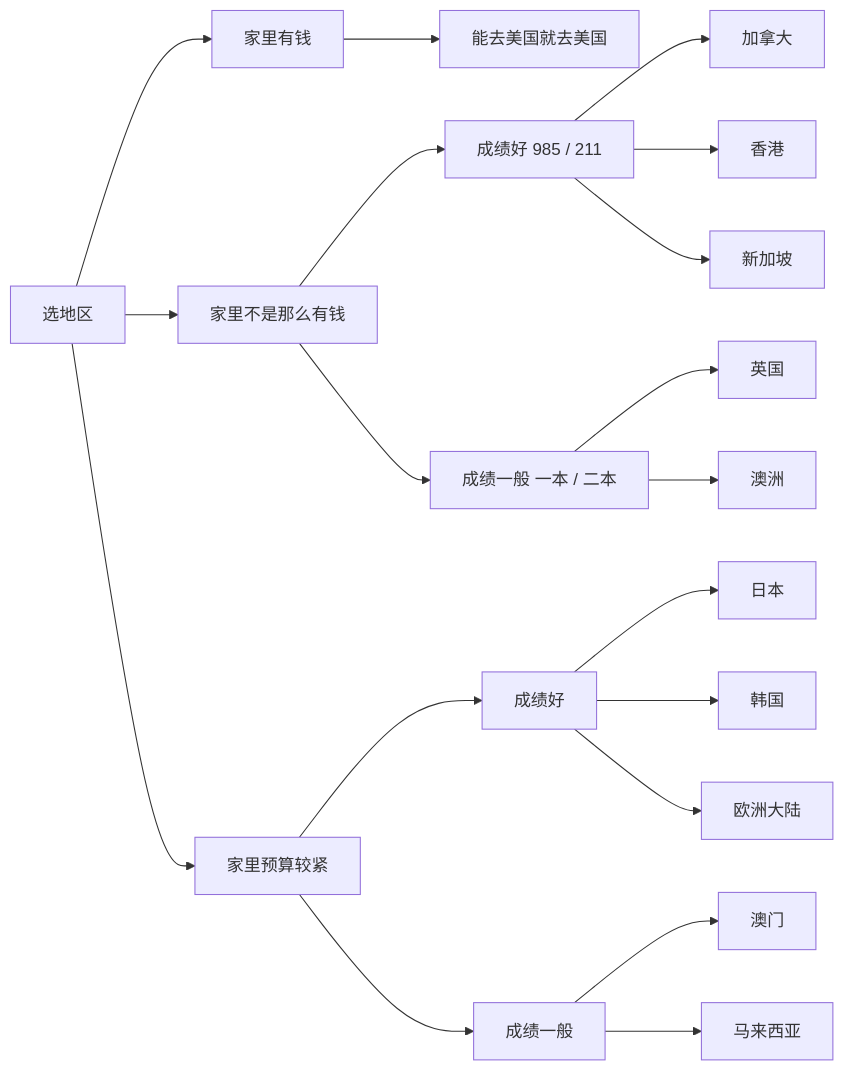
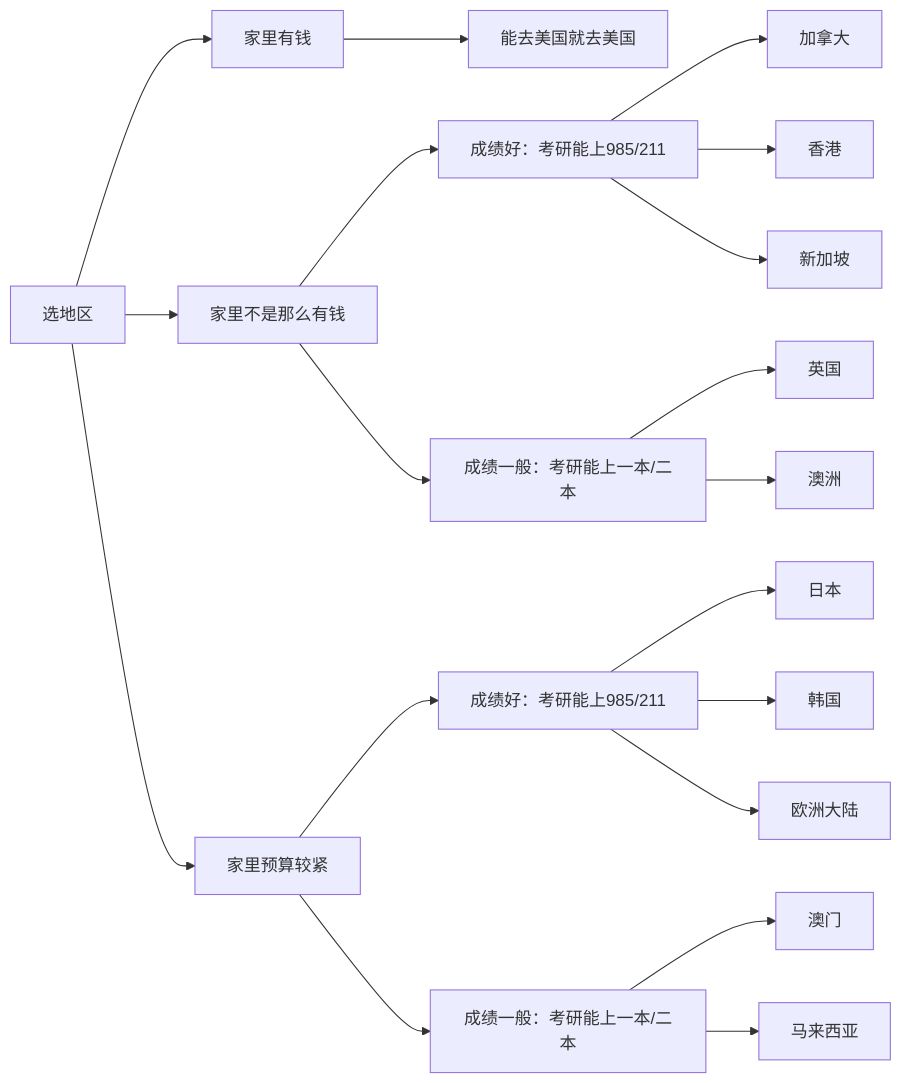
Before and after one commit to chillboy67/study-abroad-handbook: the diagram in docs/03-选地区.md, drawn with Mermaid. The commit also changed other lines of this file, not shown here.

````diff
--- a/docs/03-选地区.md
+++ b/docs/03-选地区.md
@@ -11,21 +11,21 @@
 ```mermaid
 flowchart LR
     A[选地区] --> B[家里有钱]
     A --> C[家里不是那么有钱]
     A --> D[家里预算较紧]
     B --> B1[能去美国就去美国]
-    C --> C1[成绩好 985 / 211]
-    C --> C2[成绩一般 一本 / 二本]
+    C --> C1[成绩好：考研能上985/211]
+    C --> C2[成绩一般：考研能上一本/二本]
     C1 --> C11[加拿大]
     C1 --> C12[香港]
     C1 --> C13[新加坡]
     C2 --> C21[英国]
     C2 --> C22[澳洲]
-    D --> D1[成绩好]
-    D --> D2[成绩一般]
+    D --> D1[成绩好：考研能上985/211]
+    D --> D2[成绩一般：考研能上一本/二本]
     D1 --> D11[日本]
     D1 --> D12[韩国]
     D1 --> D13[欧洲大陆]
     D2 --> D21[澳门]
     D2 --> D22[马来西亚]
 ```
````
